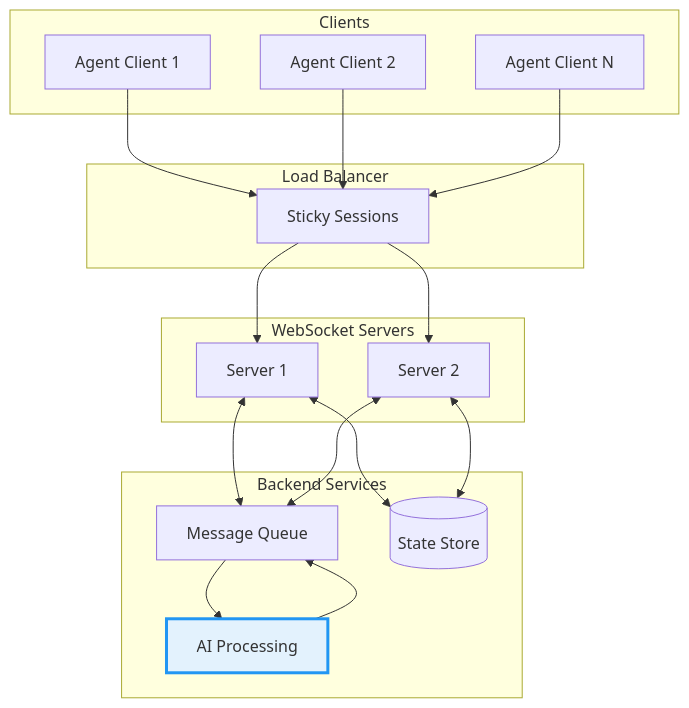
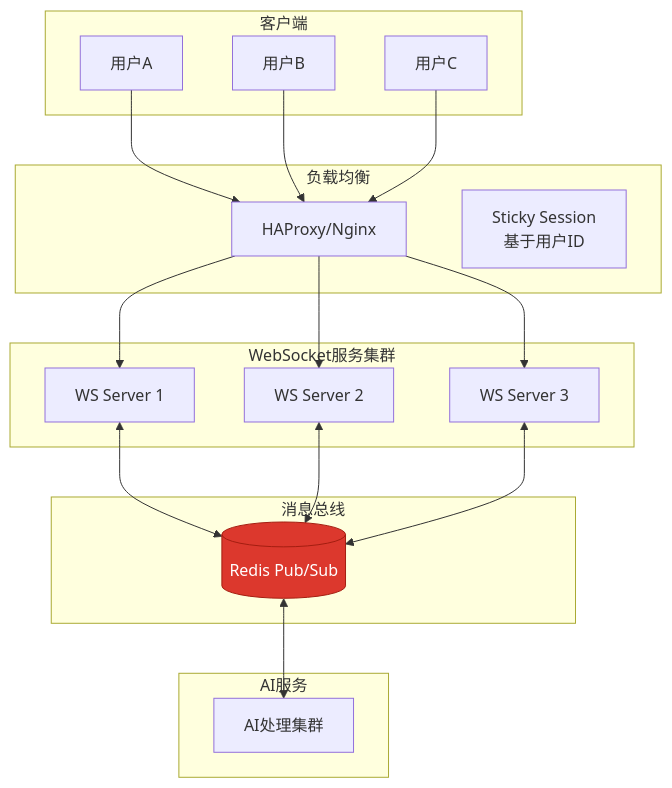
One commit to chicogong/chicogong.github.io changed the ninth of 12 diagrams in content/posts/development-guides/websocket-optimization.md. Above: the diagram before and after it, drawn with Mermaid. The commit also changed other lines of this file and 27 other files, not shown here.

````diff
--- a/content/posts/development-guides/websocket-optimization.md
+++ b/content/posts/development-guides/websocket-optimization.md
@@ -19,37 +310,34 @@
 ```mermaid
 flowchart TB
-    subgraph Clients
-        C1[Agent Client 1]
-        C2[Agent Client 2]
-        C3[Agent Client N]
+    subgraph "客户端"
+        C1[用户A]
+        C2[用户B]
+        C3[用户C]
     end
     
-    subgraph "Load Balancer"
-        LB[Sticky Sessions]
+    subgraph "负载均衡"
+        LB[HAProxy/Nginx]
+        Note1[Sticky Session<br/>基于用户ID]
     end
     
-    subgraph "WebSocket Servers"
-        WS1[Server 1]
-        WS2[Server 2]
+    subgraph "WebSocket服务集群"
+        WS1[WS Server 1]
+        WS2[WS Server 2]
+        WS3[WS Server 3]
     end
     
-    subgraph "Backend Services"
-        Q[Message Queue]
-        AI[AI Processing]
-        DB[(State Store)]
+    subgraph "消息总线"
+        Redis[(Redis Pub/Sub)]
     end
     
-    C1 --> LB
-    C2 --> LB
-    C3 --> LB
-    LB --> WS1
-    LB --> WS2
-    WS1 <--> Q
-    WS2 <--> Q
-    Q --> AI
-    AI --> Q
-    WS1 <--> DB
-    WS2 <--> DB
+    subgraph "AI服务"
+        AI[AI处理集群]
+    end
     
-    style AI fill:#e3f2fd,stroke:#2196f3,stroke-width:3px
+    C1 & C2 & C3 --> LB
+    LB --> WS1 & WS2 & WS3
+    WS1 & WS2 & WS3 <--> Redis
+    Redis <--> AI
+    
+    style Redis fill:#dc382d,stroke:#a41e11,color:#fff
 ```
````
